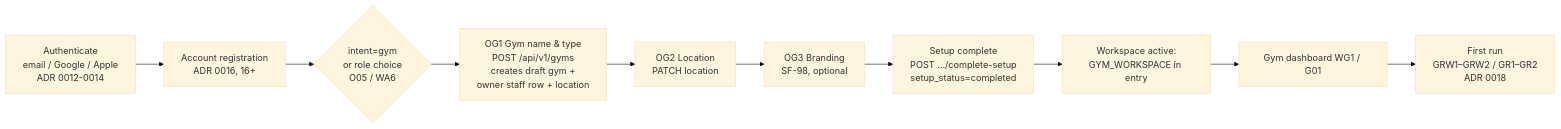
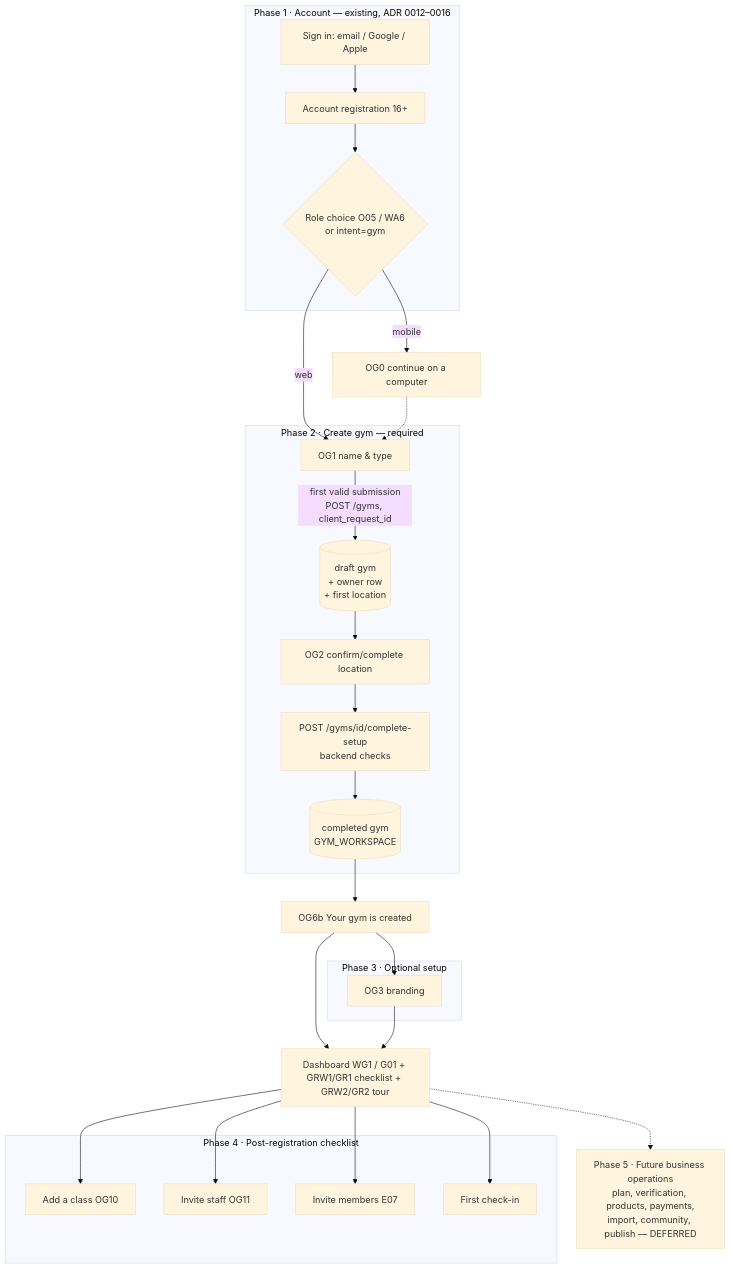
One commit to EugeniBykovski/simplefit-api changed the first of 3 diagrams in docs/architecture/proposals/SF-82-gym/03-registration-workspace-lifecycle.md. Above: the diagram before and after it, drawn with Mermaid (base theme). The commit also changed other lines of this file and 13 other files, not shown here.

````diff
--- a/docs/architecture/proposals/SF-82-gym/03-registration-workspace-lifecycle.md
+++ b/docs/architecture/proposals/SF-82-gym/03-registration-workspace-lifecycle.md
@@ -7,12 +13,29 @@
 ```mermaid
-flowchart LR
-  A[Authenticate<br/>email / Google / Apple<br/>ADR 0012-0014] --> B[Account registration<br/>ADR 0016, 16+]
-  B --> C{intent=gym<br/>or role choice<br/>O05 / WA6}
-  C --> D[OG1 Gym name & type<br/>POST /api/v1/gyms<br/>creates draft gym +<br/>owner staff row + location]
-  D --> E[OG2 Location<br/>PATCH location]
-  E --> F[OG3 Branding<br/>SF-98, optional]
-  F --> G[Setup complete<br/>POST …/complete-setup<br/>setup_status=completed]
-  G --> H[Workspace active:<br/>GYM_WORKSPACE in entry]
-  H --> I[Gym dashboard WG1 / G01]
-  I --> J[First run<br/>GRW1–GRW2 / GR1–GR2<br/>ADR 0018]
+flowchart TD
+  subgraph P1[Phase 1 · Account — existing, ADR 0012–0016]
+    A[Sign in: email / Google / Apple] --> B[Account registration 16+]
+    B --> C{Role choice O05 / WA6<br/>or intent=gym}
+  end
+  subgraph P2[Phase 2 · Create gym — required]
+    D[OG1 name & type] -->|first valid submission<br/>POST /gyms, client_request_id| E[(draft gym<br/>+ owner row<br/>+ first location)]
+    E --> F[OG2 confirm/complete location]
+    F --> G[POST /gyms/id/complete-setup<br/>backend checks]
+    G --> H[(completed gym<br/>GYM_WORKSPACE)]
+  end
+  subgraph P3[Phase 3 · Optional setup]
+    I[OG3 branding] 
+  end
+  subgraph P4[Phase 4 · Post-registration checklist]
+    J[Add a class OG10] 
+    K[Invite staff OG11]
+    L[Invite members E07]
+    M[First check-in]
+  end
+  C -->|web| D
+  C -->|mobile| O[OG0 continue on a computer] -.-> D
+  H --> N[OG6b Your gym is created] --> I
+  N --> Q[Dashboard WG1 / G01 + GRW1/GR1 checklist + GRW2/GR2 tour]
+  I --> Q
+  Q --> J & K & L & M
+  Q -.-> X[Phase 5 · Future business operations<br/>plan, verification, products, payments,<br/>import, community, publish — DEFERRED]
 ```
````
